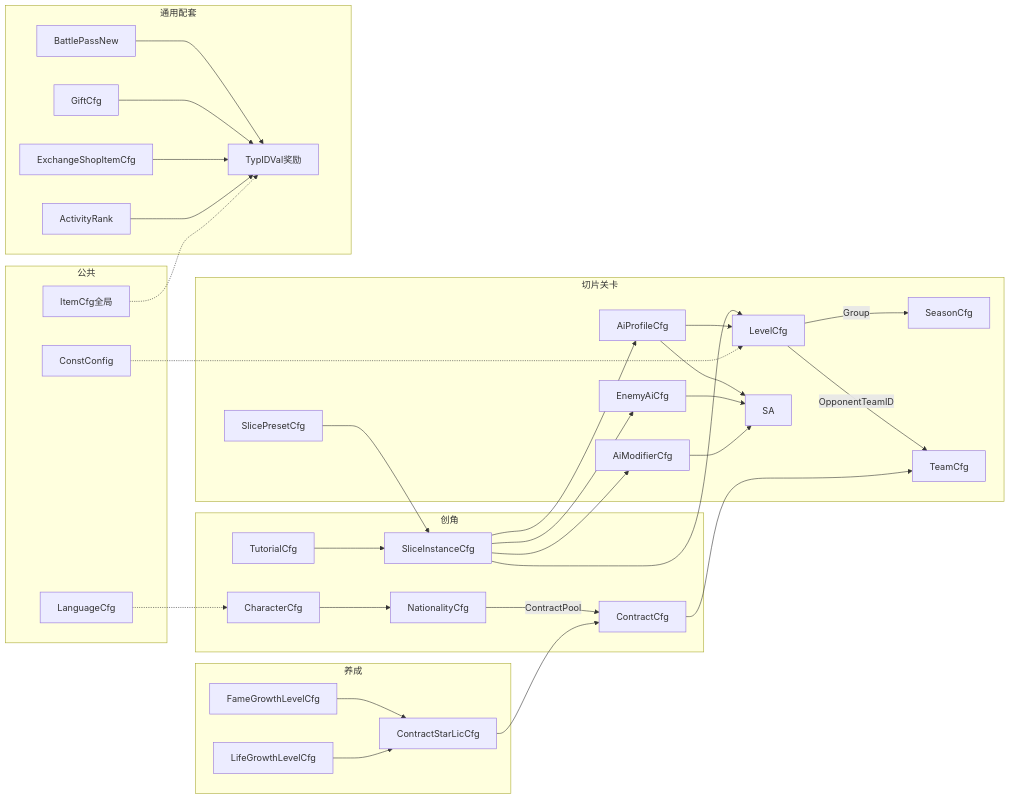
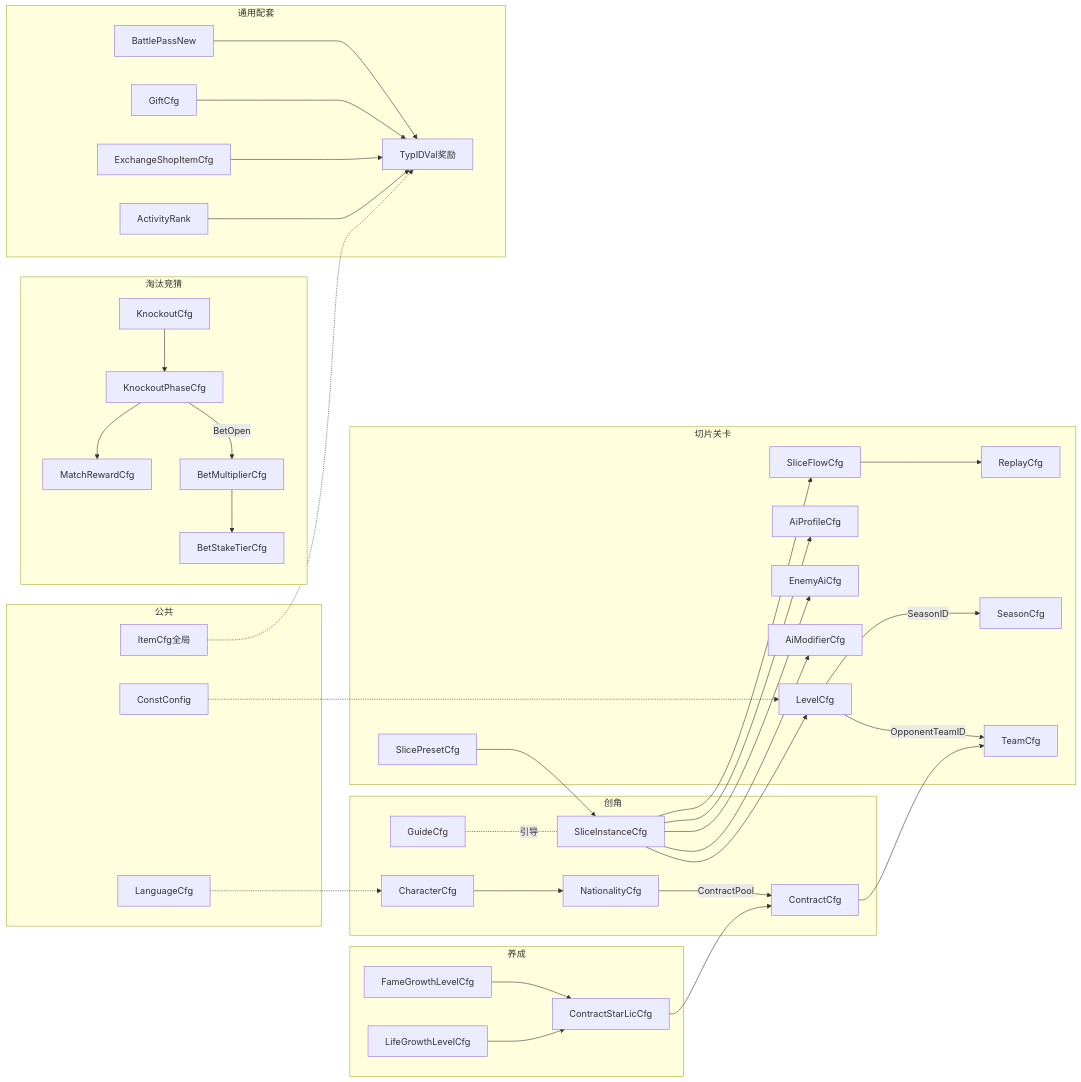
The diagram in output/2026世界杯主题活动-配置表结构.md (RehearsalTap4Fun/MindToDoc), drawn with Mermaid before and after one commit. The commit also changed other lines of this file and 28 other files, not shown here.

````diff
--- a/output/2026世界杯主题活动-配置表结构.md
+++ b/output/2026世界杯主题活动-配置表结构.md
@@ -109,46 +110,50 @@
 ```mermaid
 flowchart LR
   subgraph 创角
     CH[CharacterCfg] --> NA[NationalityCfg]
     NA -->|ContractPool| CO[ContractCfg]
-    TU[TutorialCfg] --> SI[SliceInstanceCfg]
+    GD[GuideCfg] -.引导.- SI[SliceInstanceCfg]
   end
   subgraph 切片关卡
     SP[SlicePresetCfg] --> SI
     SI --> LV[LevelCfg]
     SI --> AP[AiProfileCfg]
     SI --> EA[EnemyAiCfg]
     SI --> AM[AiModifierCfg]
-    AP[AiProfileCfg] --> LV
-    AP --> SA
-    EA[EnemyAiCfg] --> SA
-    AM[AiModifierCfg] --> SA
-    LV -->|Group| SE[SeasonCfg]
+    SI --> SF[SliceFlowCfg]
+    SF --> RP[ReplayCfg]
+    LV -->|SeasonID| SE[SeasonCfg]
     LV -->|OpponentTeamID| TM[TeamCfg]
   end
   subgraph 养成
     FG[FameGrowthLevelCfg] --> CS[ContractStarLicCfg]
     LG[LifeGrowthLevelCfg] --> CS
     CS --> CO
     CO --> TM
+  end
+  subgraph 淘汰竞猜
+    KO[KnockoutCfg] --> KP[KnockoutPhaseCfg]
+    KP --> MR[MatchRewardCfg]
+    KP -->|BetOpen| BM[BetMultiplierCfg]
+    BM --> BT[BetStakeTierCfg]
   end
   subgraph 通用配套
     BP[BattlePassNew]
     GF[GiftCfg]
     EX[ExchangeShopItemCfg]
     RK[ActivityRank]
     RWD[TypIDVal奖励]
     BP --> RWD
     GF --> RWD
     EX --> RWD
     RK --> RWD
   end
   subgraph 公共
     CC[ConstConfig]
     LC[LanguageCfg]
     IT[ItemCfg全局]
     CC -.-> LV
     LC -.-> CH
     IT -.-> RWD
   end
 ```
````
